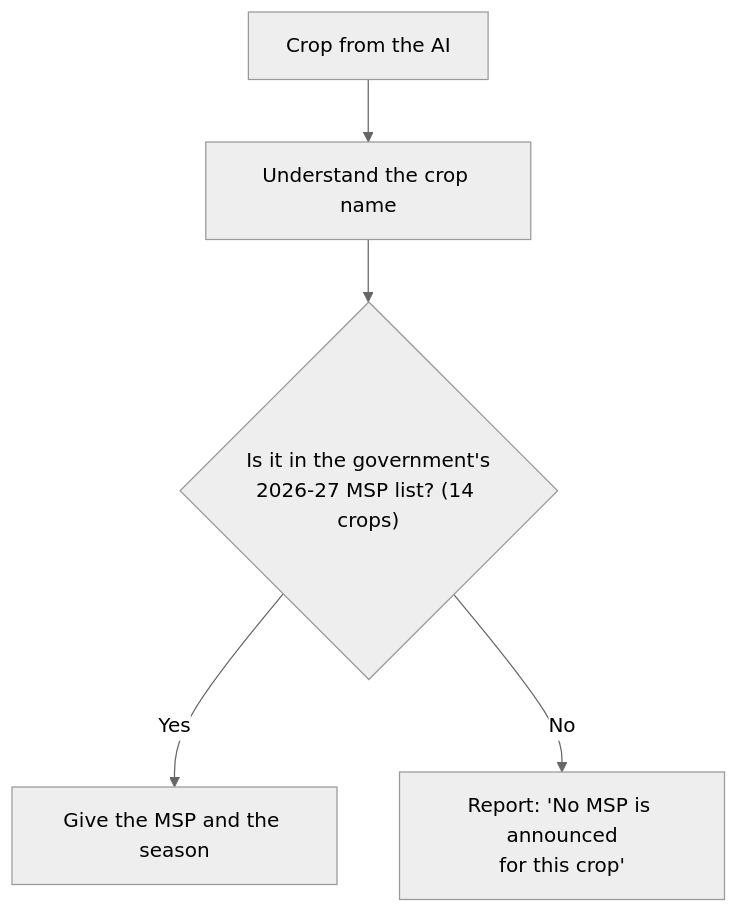
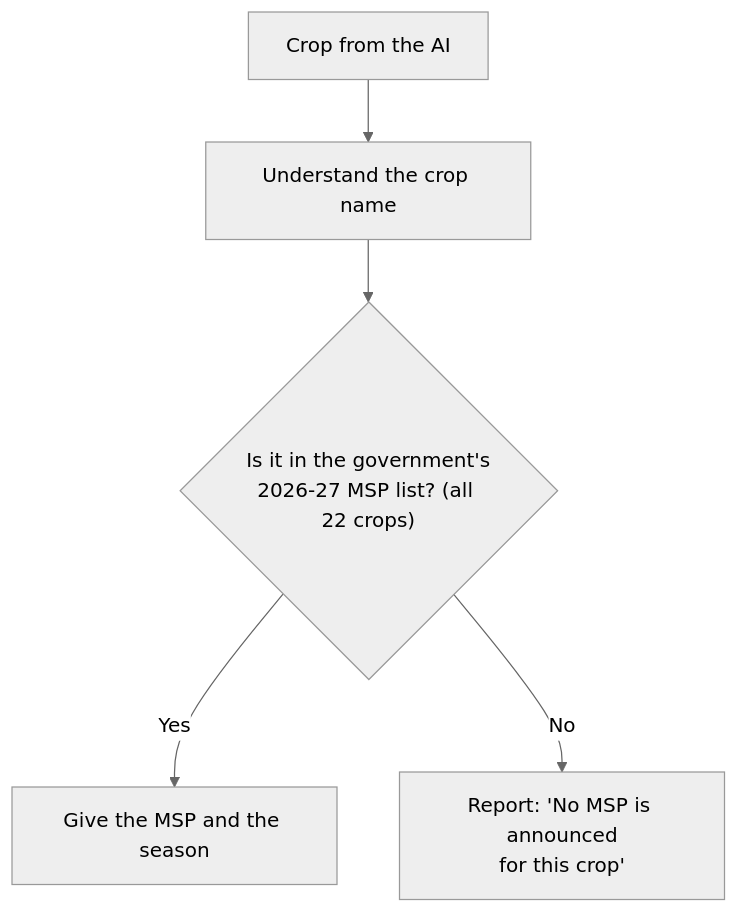
Before and after one commit to adi9336/Agri_Watch: the ninth of 15 diagrams in README.md, drawn with Mermaid (neutral theme). The commit also changed other lines of this file, not shown here.

````diff
--- a/README.md
+++ b/README.md
@@ -521,7 +556,7 @@
 ```mermaid
 flowchart TD
     A["Crop from the AI"] --> B["Understand the crop name"]
-    B --> C{"Is it in the government's<br/>2026-27 MSP list? (14 crops)"}
+    B --> C{"Is it in the government's<br/>2026-27 MSP list? (all 22 crops)"}
     C -- Yes --> D["Give the MSP and the season"]
     C -- No --> E["Report: 'No MSP is announced<br/>for this crop'"]
 ```
````
